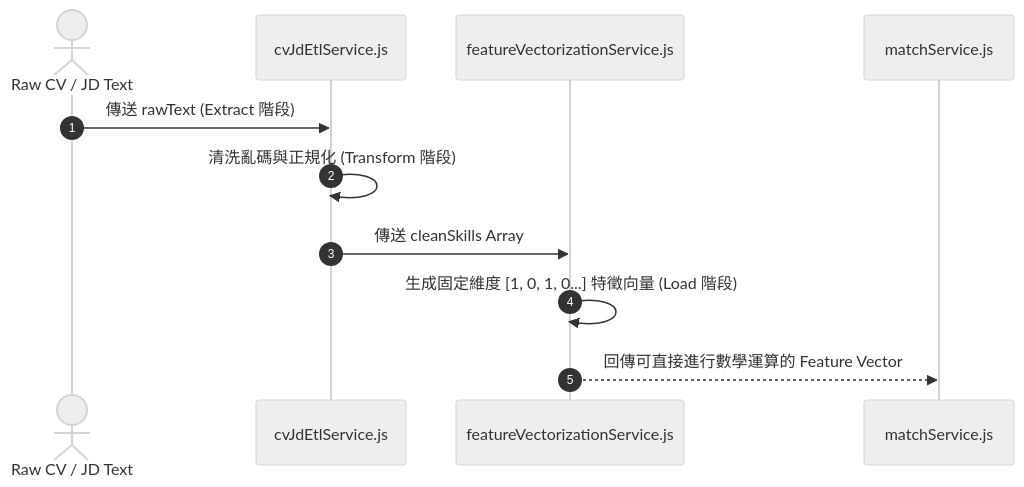
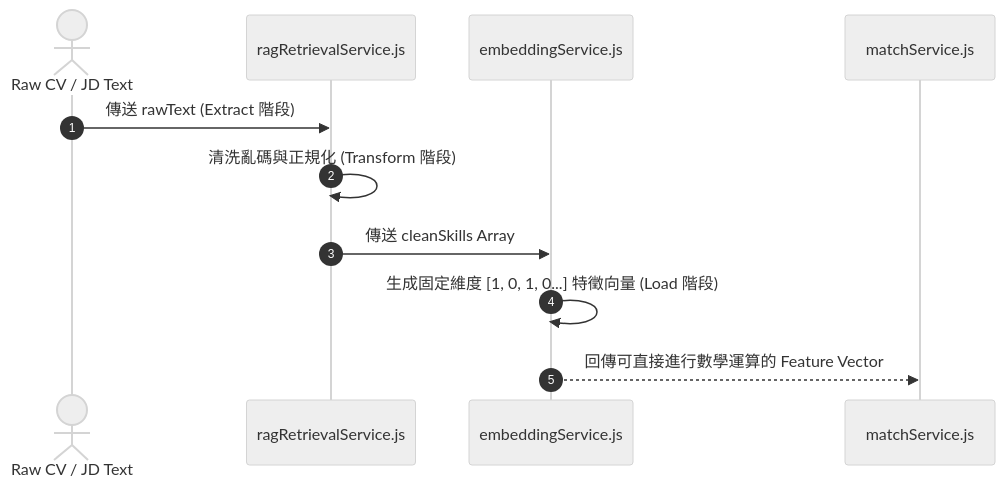
Before and after one commit to Alanho2025/Kiwi-AI-interview-Agent: the diagram in docs/architecture-decision-records/features/F-48-etl-cv-jd-feature-vectorization.md, drawn with Mermaid (neutral theme). The commit also changed other lines of this file and 75 other files, not shown here.

````diff
--- a/docs/architecture-decision-records/features/F-48-etl-cv-jd-feature-vectorization.md
+++ b/docs/architecture-decision-records/features/F-48-etl-cv-jd-feature-vectorization.md
@@ -48,14 +54,14 @@
 ```mermaid
 sequenceDiagram
     autonumber
     actor Raw as Raw CV / JD Text
-    participant ETL as cvJdEtlService.js
-    participant Vector as featureVectorizationService.js
+    participant ETL as ragRetrievalService.js
+    participant Vector as embeddingService.js
     participant Match as matchService.js
 
     Raw->>ETL: 傳送 rawText (Extract 階段)
     ETL->>ETL: 清洗亂碼與正規化 (Transform 階段)
     ETL->>Vector: 傳送 cleanSkills Array
     Vector->>Vector: 生成固定維度 [1, 0, 1, 0...] 特徵向量 (Load 階段)
     Vector-->>Match: 回傳可直接進行數學運算的 Feature Vector
 ```
````
